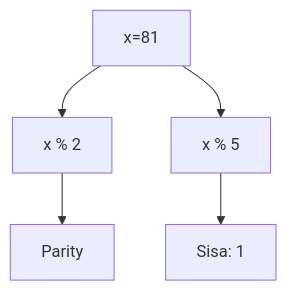
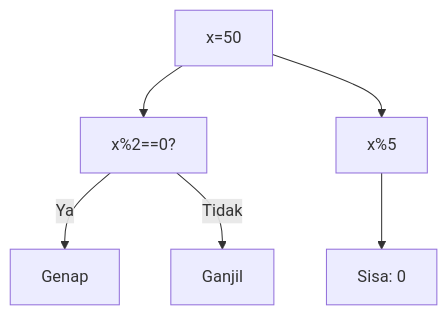
Before and after one commit to amnahwaida/OSNK_INF_PREP: the fifth of 25 diagrams in part-c-pemahaman-cpp/06-bitwise/latihan/set-07.md, drawn with Mermaid. The commit also changed other lines of this file and 71 other files, not shown here.

Commit message:
Fixed Mermaid syntax lexical errors with quoted labels in 1,800 questions

````diff
--- a/part-c-pemahaman-cpp/06-bitwise/latihan/set-07.md
+++ b/part-c-pemahaman-cpp/06-bitwise/latihan/set-07.md
@@ -85,7 +147,8 @@
 ```mermaid
 graph TD
-A[x=81] --> B[x % 2]
-B --> C[Parity]
-A --> D[x % 5]
-D --> E[Sisa: 1]
+A["x=50"] --> B["x%2==0?"]
+B -- Ya --> C["Genap"]
+B -- Tidak --> D["Ganjil"]
+A --> E["x%5"]
+E --> F["Sisa: 0"]
 ```
````
